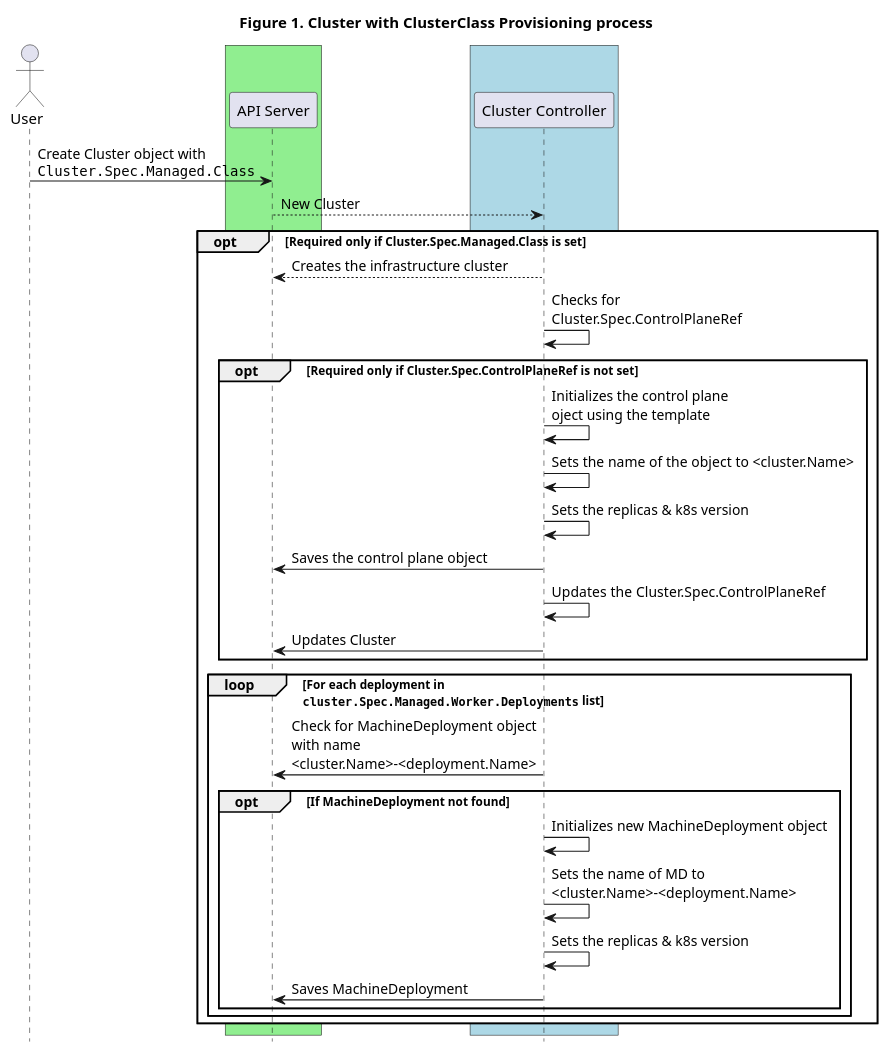
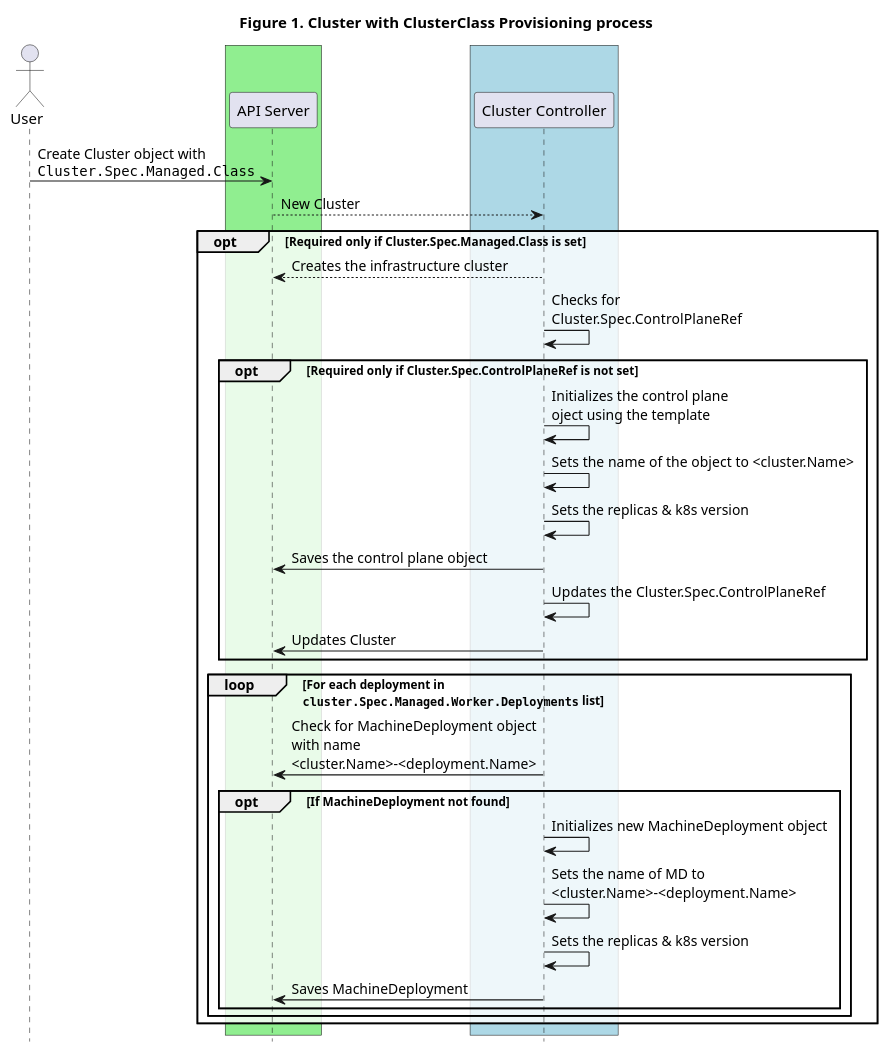
The diagram in docs/proposals/images/cluster-class/create.plantuml (kubernetes-sigs/cluster-api), drawn with PlantUML before and after one commit. The commit also changed 27 other files, not shown here.

Commit message:
Add PlantUML diagram transparency for book and proposals

```diff
--- a/docs/proposals/images/cluster-class/create.plantuml
+++ b/docs/proposals/images/cluster-class/create.plantuml
@@ -1,44 +1,44 @@
 @startuml
 title Figure 1. Cluster with ClusterClass Provisioning process
 actor User
 
 ' -- GROUPS START ---
 
 box #LightGreen
 participant "API Server"
 end box
 
 box #LightBlue
 participant "Cluster Controller"
 end box
 
 ' -- GROUPS END ---
 
 User -> "API Server" : Create Cluster object with\n""Cluster.Spec.Managed.Class""
 "API Server" --> "Cluster Controller": New Cluster
-opt #white Required only if Cluster.Spec.Managed.Class is set
+opt #FFFFFFCC Required only if Cluster.Spec.Managed.Class is set
 "Cluster Controller" --> "API Server": Creates the infrastructure cluster
 "Cluster Controller" -> "Cluster Controller": Checks for\nCluster.Spec.ControlPlaneRef
 opt Required only if Cluster.Spec.ControlPlaneRef is not set
   "Cluster Controller" -> "Cluster Controller": Initializes the control plane \noject using the template
   "Cluster Controller" -> "Cluster Controller": Sets the name of the object to <cluster.Name>
   "Cluster Controller" -> "Cluster Controller": Sets the replicas & k8s version
   "Cluster Controller" -> "API Server": Saves the control plane object
   "Cluster Controller" -> "Cluster Controller": Updates the Cluster.Spec.ControlPlaneRef
   "Cluster Controller" -> "API Server": Updates Cluster
 end
 loop For each deployment in\n""cluster.Spec.Managed.Worker.Deployments"" list
   "Cluster Controller" -> "API Server": Check for MachineDeployment object\nwith name\n<cluster.Name>-<deployment.Name>
   opt If MachineDeployment not found
     "Cluster Controller" -> "Cluster Controller": Initializes new MachineDeployment object
     "Cluster Controller" -> "Cluster Controller": Sets the name of MD to\n<cluster.Name>-<deployment.Name>
     "Cluster Controller" -> "Cluster Controller": Sets the replicas & k8s version
     "Cluster Controller" -> "API Server": Saves MachineDeployment
   end
 end
 end
 
 
 
 hide footbox
 @enduml
```
